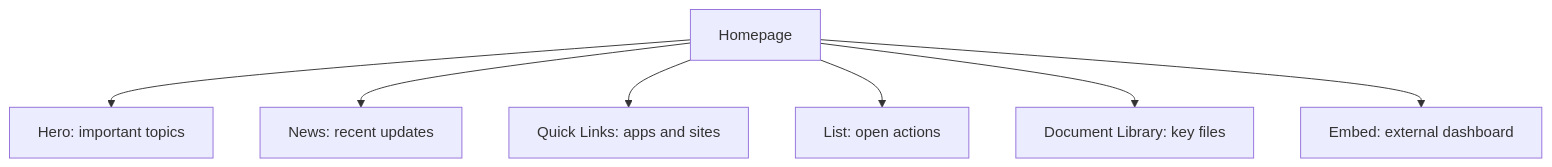
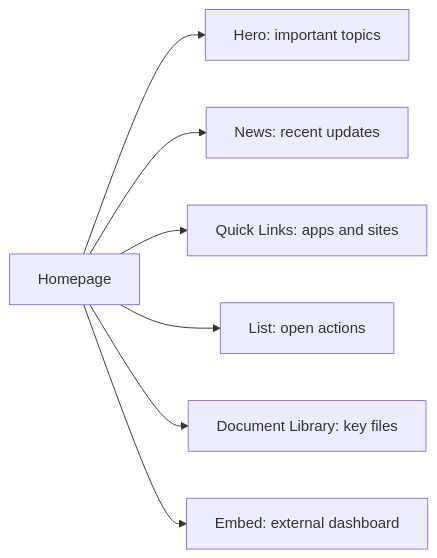
Before and after one commit to DwayneSelsig/M365wizard: the fourth of 4 diagrams in docs/services/sharepoint/sharepoint-pages-and-web-parts.md, drawn with Mermaid. The commit also changed other lines of this file and 5 other files, not shown here.

````diff
--- a/docs/services/sharepoint/sharepoint-pages-and-web-parts.md
+++ b/docs/services/sharepoint/sharepoint-pages-and-web-parts.md
@@ -90,9 +90,9 @@
 ```mermaid
-flowchart TD
+flowchart LR
     Home[Homepage] --> Hero[Hero: important topics]
     Home --> News[News: recent updates]
     Home --> Links[Quick Links: apps and sites]
     Home --> Actions[List: open actions]
     Home --> Documents[Document Library: key files]
     Home --> Embed[Embed: external dashboard]
 ```
````
